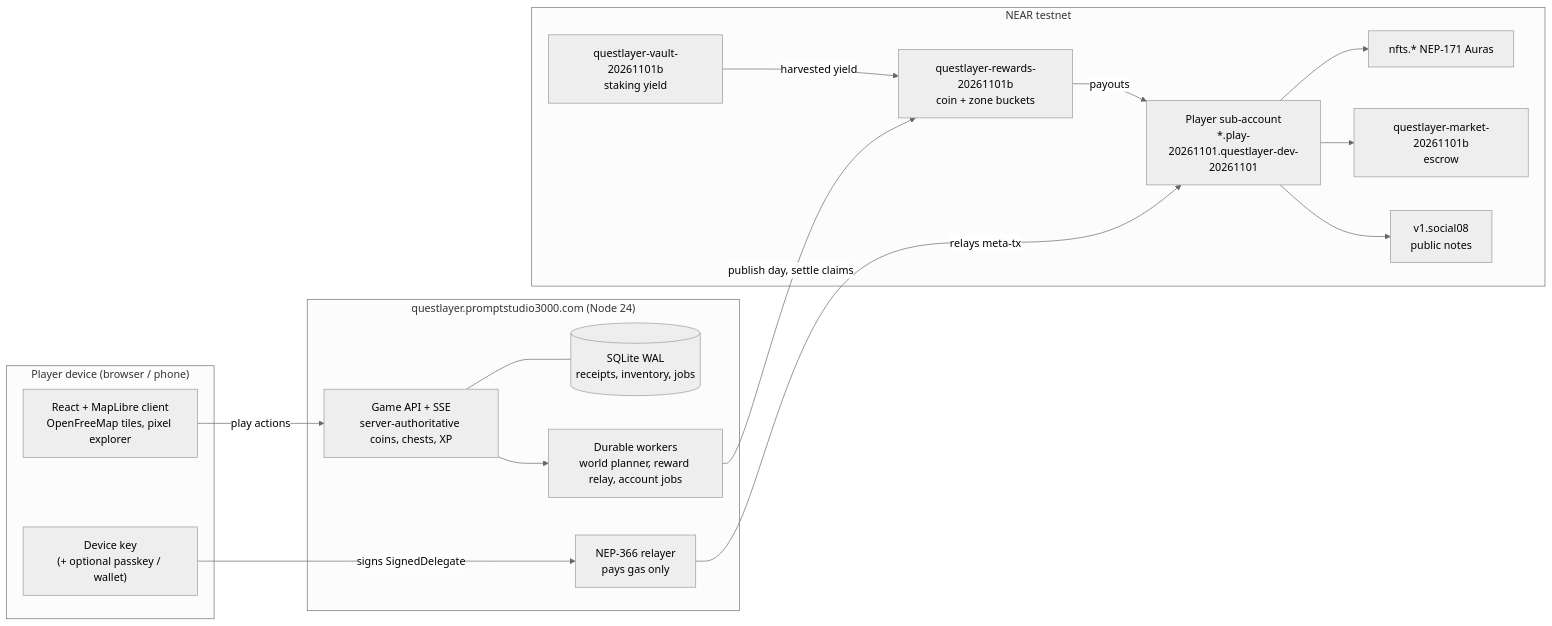
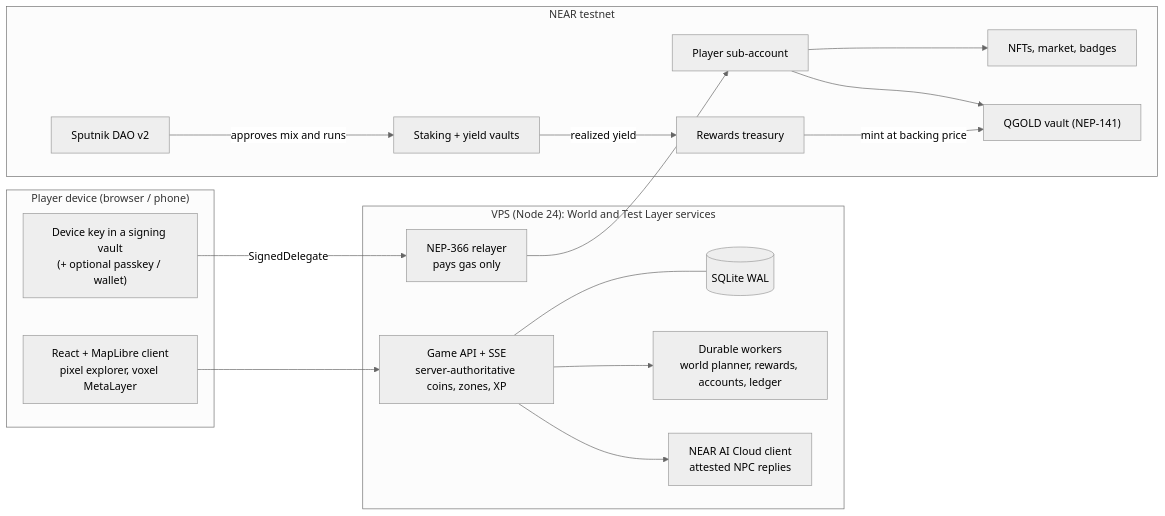
Before and after one commit to promptstudio3000/questlayer-hackathon: the diagram in README.md, drawn with Mermaid (neutral theme). The commit also changed other lines of this file, not shown here.

First line of the commit message:
README: current QuestLayer for judges (layers, live links, NEAR integration, contracts)

````diff
--- a/README.md
+++ b/README.md
@@ -135,32 +116,32 @@
 ```mermaid
 flowchart LR
   subgraph Device["Player device (browser / phone)"]
-    UI["React + MapLibre client<br/>OpenFreeMap tiles, pixel explorer"]
-    KEY["Device key<br/>(+ optional passkey / wallet)"]
+    UI["React + MapLibre client<br/>pixel explorer, voxel MetaLayer"]
+    KEY["Device key in a signing vault<br/>(+ optional passkey / wallet)"]
   end
-  subgraph VPS["questlayer.promptstudio3000.com (Node 24)"]
-    API["Game API + SSE<br/>server-authoritative coins, chests, XP"]
-    DB[("SQLite WAL<br/>receipts, inventory, jobs")]
-    WORK["Durable workers<br/>world planner, reward relay, account jobs"]
+  subgraph VPS["VPS (Node 24): World and Test Layer services"]
+    API["Game API + SSE<br/>server-authoritative coins, zones, XP"]
+    DB[("SQLite WAL")]
+    WORK["Durable workers<br/>world planner, rewards, accounts, ledger"]
     REL["NEP-366 relayer<br/>pays gas only"]
+    AI["NEAR AI Cloud client<br/>attested NPC replies"]
   end
   subgraph NEAR["NEAR testnet"]
-    ACC["Player sub-account<br/>*.play-20261101.questlayer-dev-20261101"]
-    NFT["nfts.* NEP-171 Auras"]
-    RW["questlayer-rewards-20261101b<br/>coin + zone buckets"]
-    VLT["questlayer-vault-20261101b<br/>staking yield"]
-    MKT["questlayer-market-20261101b<br/>escrow"]
-    SOC["v1.social08<br/>public notes"]
+    ACC["Player sub-account"]
+    NFT["NFTs, market, badges"]
+    QG["QGOLD vault (NEP-141)"]
+    RW["Rewards treasury"]
+    STK["Staking + yield vaults"]
+    DAO["Sputnik DAO v2"]
   end
-  UI -->|play actions| API
+  UI --> API
   API --- DB
   API --> WORK
-  KEY -->|signs SignedDelegate| REL
-  REL -->|relays meta-tx| ACC
+  API --> AI
+  KEY -->|SignedDelegate| REL --> ACC
   ACC --> NFT
-  ACC --> MKT
-  ACC --> SOC
-  WORK -->|publish day, settle claims| RW
-  VLT -->|harvested yield| RW
-  RW -->|payouts| ACC
+  ACC --> QG
+  STK -->|realized yield| RW
+  RW -->|mint at backing price| QG
+  DAO -->|approves mix and runs| STK
 ```
````
